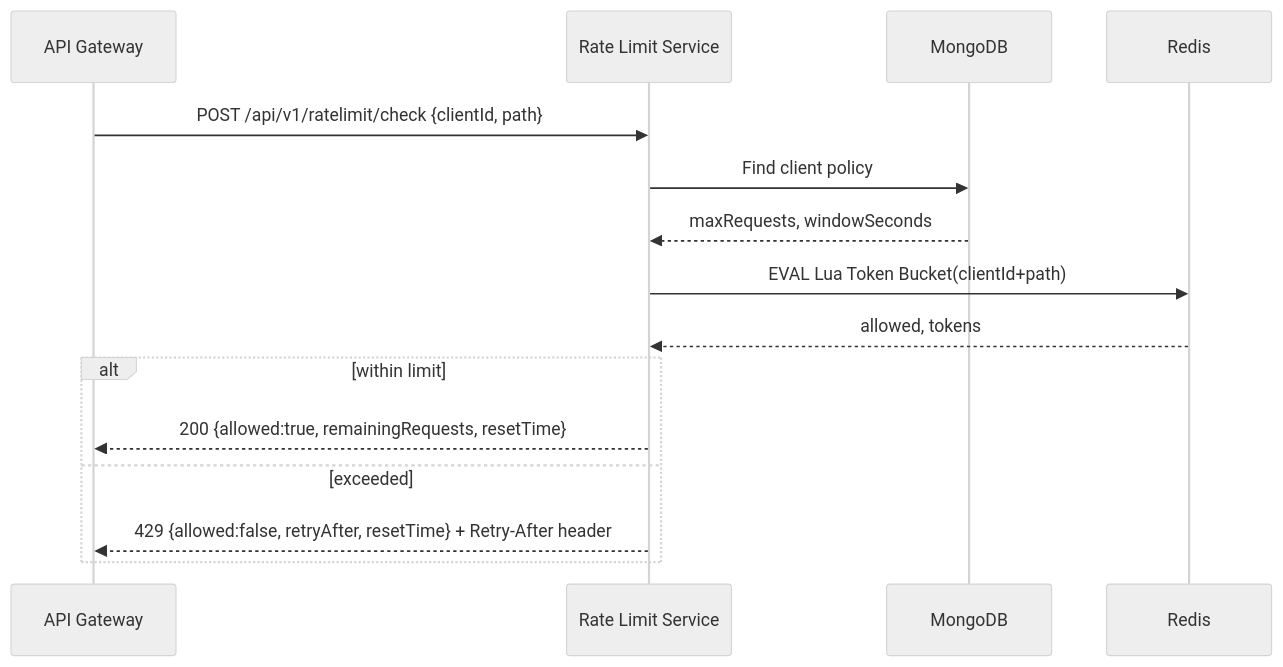
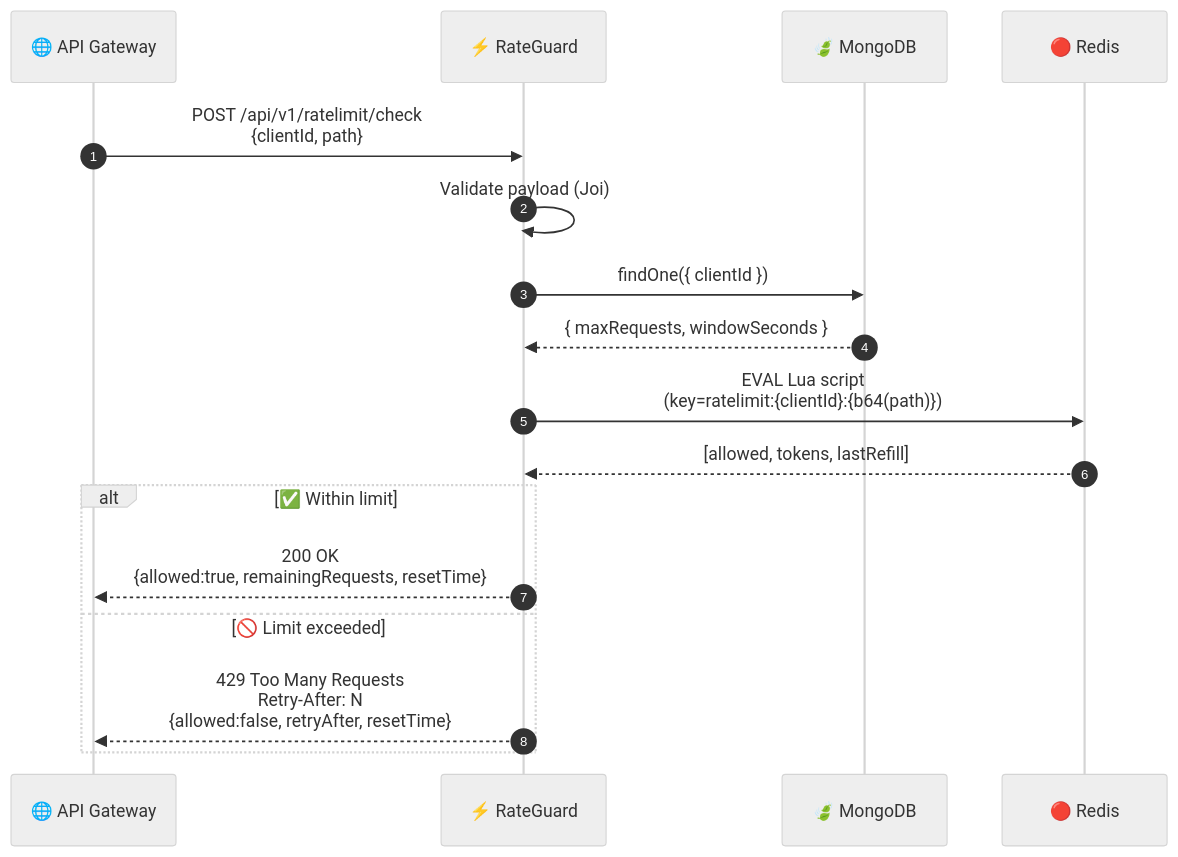
One commit to ramalokeshreddyp/RateGuard changed the second of 4 diagrams in README.md. Above: the diagram before and after it, drawn with Mermaid (neutral theme). The commit also changed other lines of this file and 9 other files, not shown here.

````diff
--- a/README.md
+++ b/README.md
@@ -89,19 +74,21 @@
 ```mermaid
 sequenceDiagram
-    participant G as API Gateway
-    participant S as Rate Limit Service
-    participant D as MongoDB
-    participant R as Redis
+    autonumber
+    participant G as 🌐 API Gateway
+    participant A as ⚡ RateGuard
+    participant M as 🍃 MongoDB
+    participant R as 🔴 Redis
 
-    G->>S: POST /api/v1/ratelimit/check {clientId, path}
-    S->>D: Find client policy
-    D-->>S: maxRequests, windowSeconds
-    S->>R: EVAL Lua Token Bucket(clientId+path)
-    R-->>S: allowed, tokens
+    G->>A: POST /api/v1/ratelimit/check<br/>{clientId, path}
+    A->>A: Validate payload (Joi)
+    A->>M: findOne({ clientId })
+    M-->>A: { maxRequests, windowSeconds }
+    A->>R: EVAL Lua script<br/>(key=ratelimit:{clientId}:{b64(path)})
+    R-->>A: [allowed, tokens, lastRefill]
 
-    alt within limit
-        S-->>G: 200 {allowed:true, remainingRequests, resetTime}
-    else exceeded
-        S-->>G: 429 {allowed:false, retryAfter, resetTime} + Retry-After header
+    alt ✅ Within limit
+        A-->>G: 200 OK<br/>{allowed:true, remainingRequests, resetTime}
+    else 🚫 Limit exceeded
+        A-->>G: 429 Too Many Requests<br/>Retry-After: N<br/>{allowed:false, retryAfter, resetTime}
     end
 ```
````
